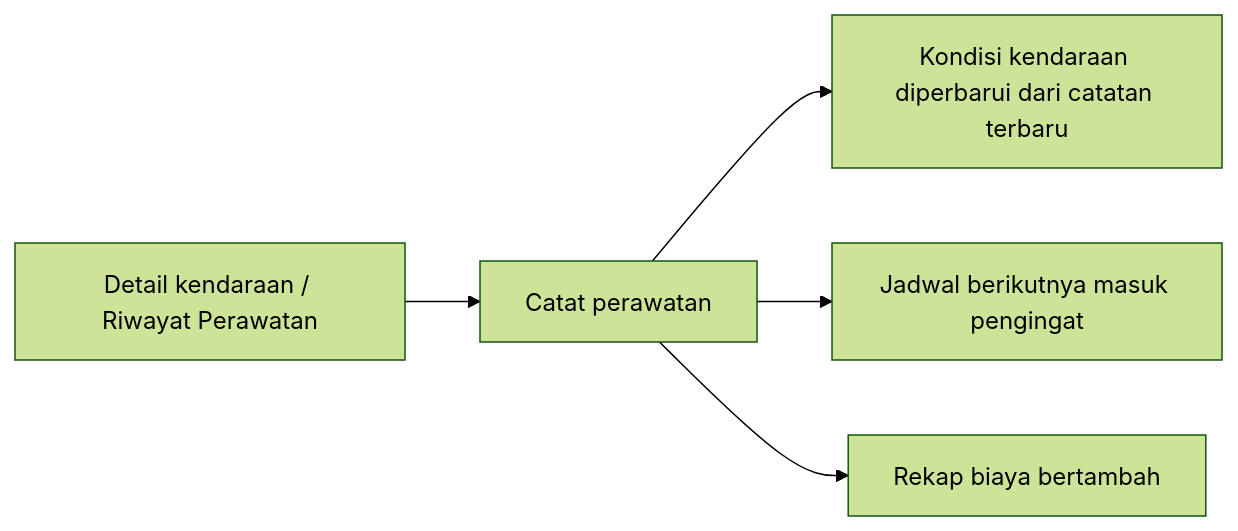
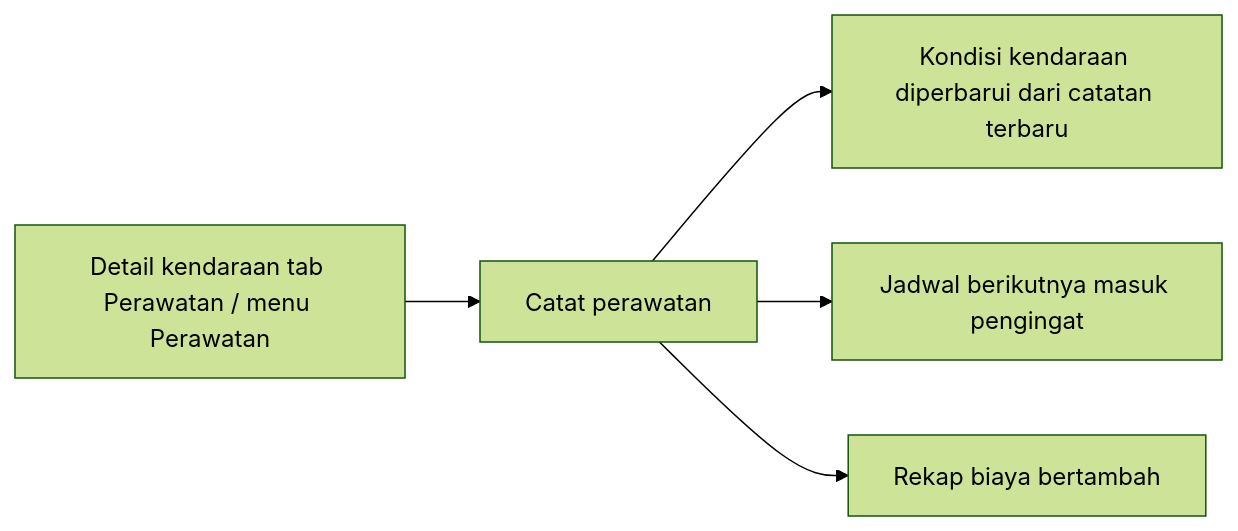
Before and after one commit to ivanrayhannn/Aplikasi-BMD-Jakarta-Test: the fourth of 8 diagrams in docs/PRD.md, drawn with Mermaid (forest theme). The commit also changed other lines of this file and 16 other files, not shown here.

First line of the commit message:
Revisi alur menu: grup mengikuti siklus KDO, detail kendaraan bertab, saran langkah berikutnya

````diff
--- a/docs/PRD.md
+++ b/docs/PRD.md
@@ -306,7 +306,7 @@
 ```mermaid
 flowchart LR
-  A[Detail kendaraan / Riwayat Perawatan] --> B[Catat perawatan]
+  A[Detail kendaraan tab Perawatan / menu Perawatan] --> B[Catat perawatan]
   B --> C[Kondisi kendaraan diperbarui dari catatan terbaru]
   B --> D[Jadwal berikutnya masuk pengingat]
   B --> E[Rekap biaya bertambah]
 ```
````
